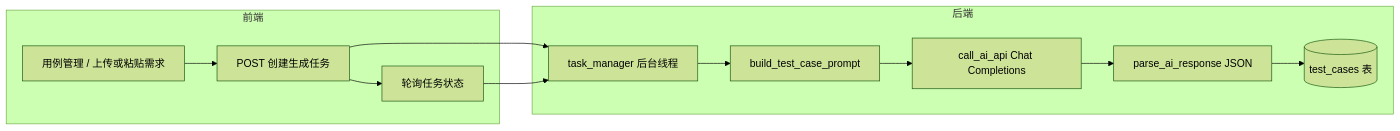
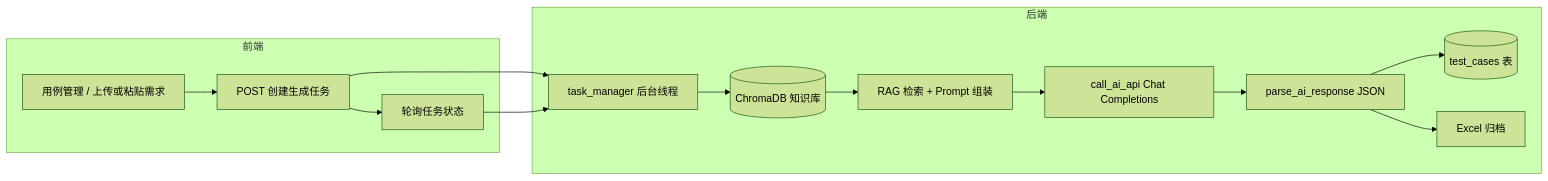
The diagram in docs/论文/毕业设计答辩-AI生成用例功能介绍.md (xj223cgh/MobTestPlatform), drawn with Mermaid (forest theme) before and after one commit. The commit also changed other lines of this file and 3 other files, not shown here.

````diff
--- a/docs/论文/毕业设计答辩-AI生成用例功能介绍.md
+++ b/docs/论文/毕业设计答辩-AI生成用例功能介绍.md
@@ -55,19 +55,22 @@
 ```mermaid
 flowchart LR
   subgraph 前端
     A[用例管理 / 上传或粘贴需求]
     B[POST 创建生成任务]
     C[轮询任务状态]
   end
   subgraph 后端
     D[task_manager 后台线程]
-    E[build_test_case_prompt]
+    K[(ChromaDB 知识库)]
+    E[RAG 检索 + Prompt 组装]
     F[call_ai_api Chat Completions]
     G[parse_ai_response JSON]
     H[(test_cases 表)]
+    X[Excel 归档]
   end
   A --> B --> D
   B --> C
-  D --> E --> F --> G --> H
+  D --> K --> E --> F --> G --> H
+  G --> X
   C --> D
 ```
````
